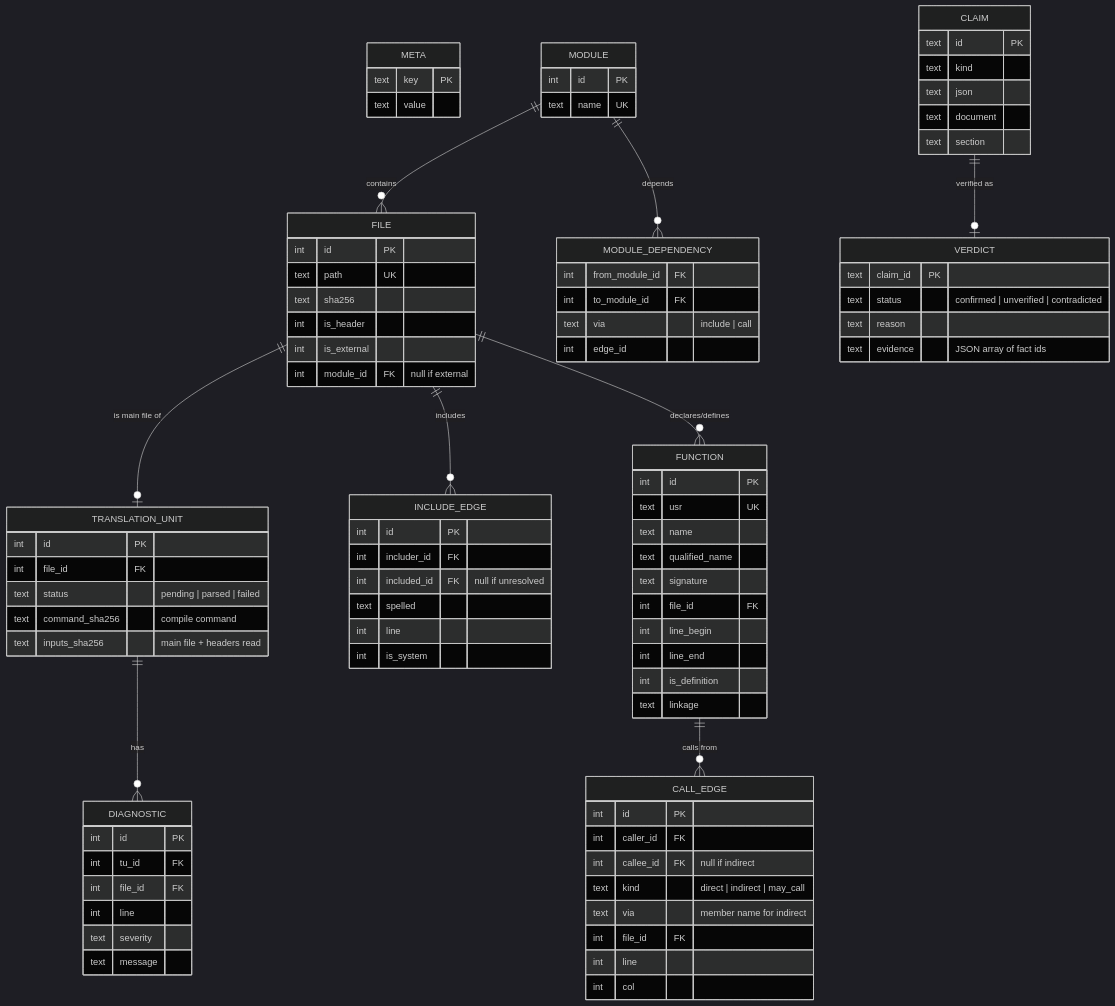
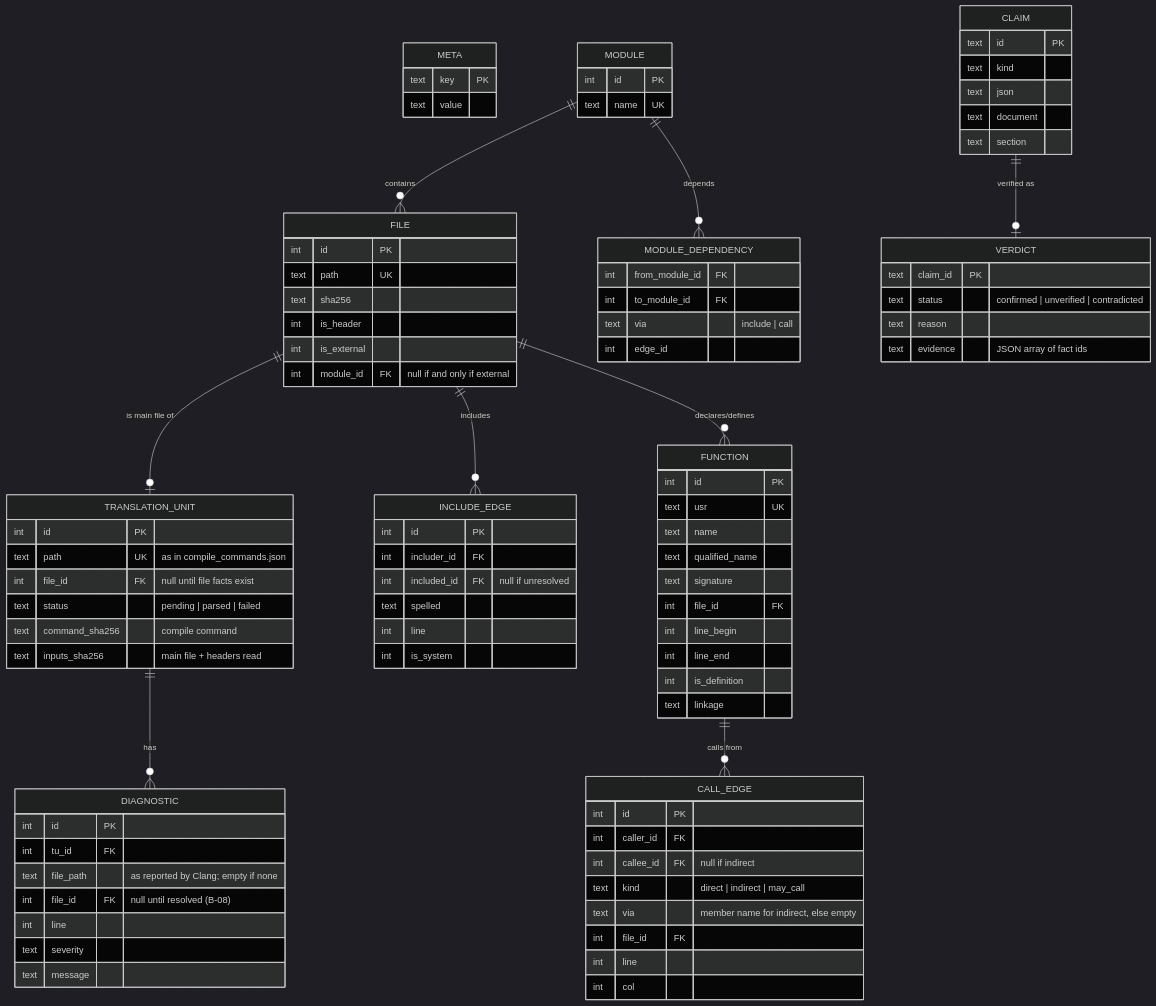
The diagram in docs/architecture/data-model.md (Tomek52/legacy-cartographer), drawn with Mermaid (dark theme) before and after one commit. The commit also changed other lines of this file and 10 other files, not shown here.

First line of the commit message:
feat(facts): store facts in SQLite with schema v1

```diff
--- a/docs/architecture/data-model.md
+++ b/docs/architecture/data-model.md
@@ -12,7 +12,8 @@
     }
     TRANSLATION_UNIT {
         int id PK
-        int file_id FK
+        text path UK "as in compile_commands.json"
+        int file_id FK "null until file facts exist"
         text status "pending | parsed | failed"
         text command_sha256 "compile command"
         text inputs_sha256 "main file + headers read"
@@ -20,7 +21,8 @@
     DIAGNOSTIC {
         int id PK
         int tu_id FK
-        int file_id FK
+        text file_path "as reported by Clang; empty if none"
+        int file_id FK "null until resolved (B-08)"
         int line
         text severity
         text message
@@ -35,7 +37,7 @@
         text sha256
         int is_header
         int is_external
-        int module_id FK "null if external"
+        int module_id FK "null if and only if external"
     }
     INCLUDE_EDGE {
         int id PK
@@ -62,7 +64,7 @@
         int caller_id FK
         int callee_id FK "null if indirect"
         text kind "direct | indirect | may_call"
-        text via "member name for indirect"
+        text via "member name for indirect, else empty"
         int file_id FK
         int line
         int col
```
